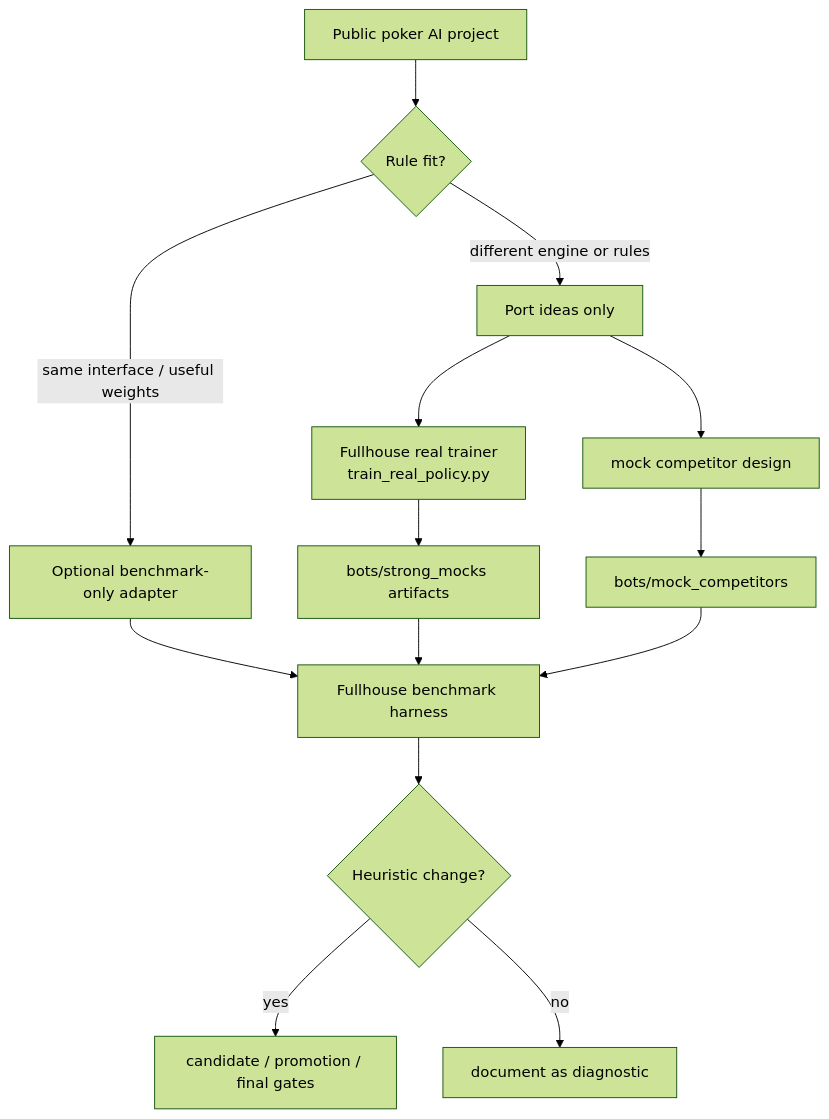
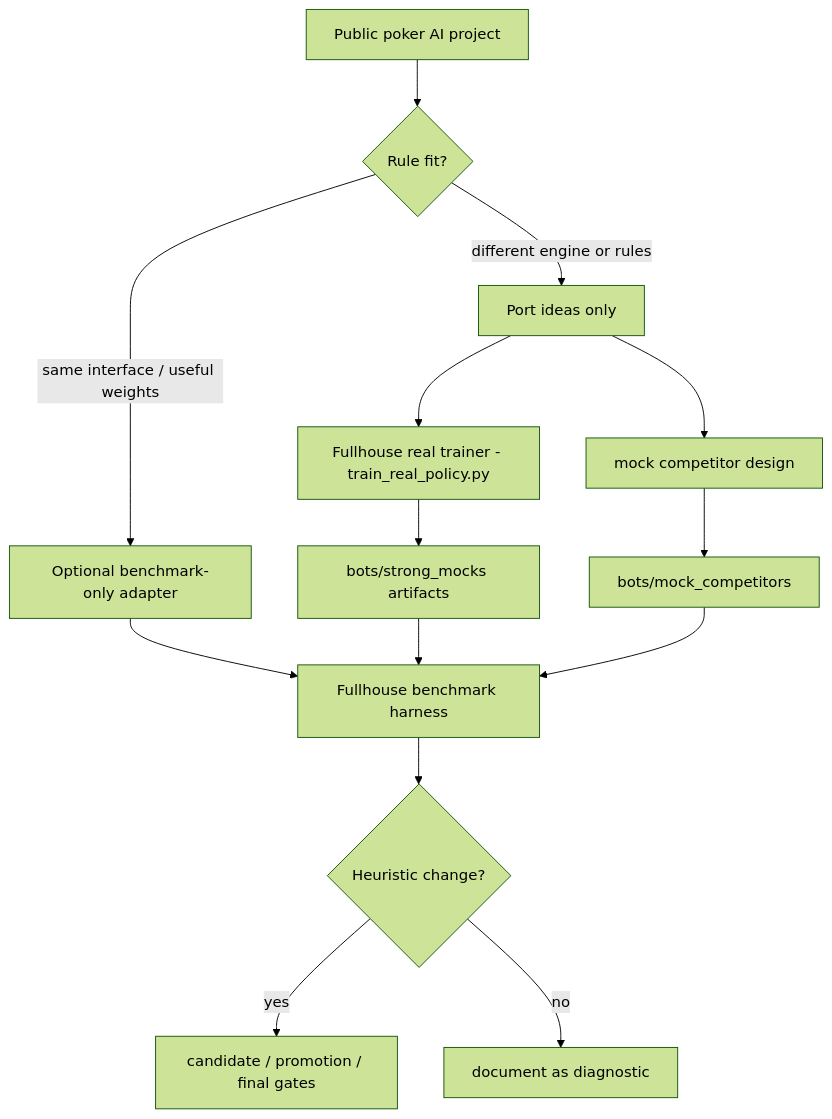
Before and after one commit to kosunghun317/fullhouse-engine: the diagram in docs/external-poker-ai-benchmarks.md, drawn with Mermaid (forest theme). The commit also changed 13 other files, not shown here.

Commit message:
docs: normalize mermaid diagrams

````diff
--- a/docs/external-poker-ai-benchmarks.md
+++ b/docs/external-poker-ai-benchmarks.md
@@ -119,16 +119,16 @@
 ```mermaid
 graph TD
     External["Public poker AI project"] --> Fit{"Rule fit?"}
     Fit -->|same interface / useful weights| Adapter["Optional benchmark-only adapter"]
     Fit -->|different engine or rules| Ideas["Port ideas only"]
-    Ideas --> LocalTrain["Fullhouse real trainer\ntrain_real_policy.py"]
+    Ideas --> LocalTrain["Fullhouse real trainer - train_real_policy.py"]
     Ideas --> MockDesign["mock competitor design"]
     Adapter --> LocalBench["Fullhouse benchmark harness"]
     LocalTrain --> StrongMocks["bots/strong_mocks artifacts"]
     MockDesign --> MockBots["bots/mock_competitors"]
     StrongMocks --> LocalBench
     MockBots --> LocalBench
     LocalBench --> Decision{"Heuristic change?"}
     Decision -->|yes| CandidateGate["candidate / promotion / final gates"]
     Decision -->|no| Docs["document as diagnostic"]
 ```
````
